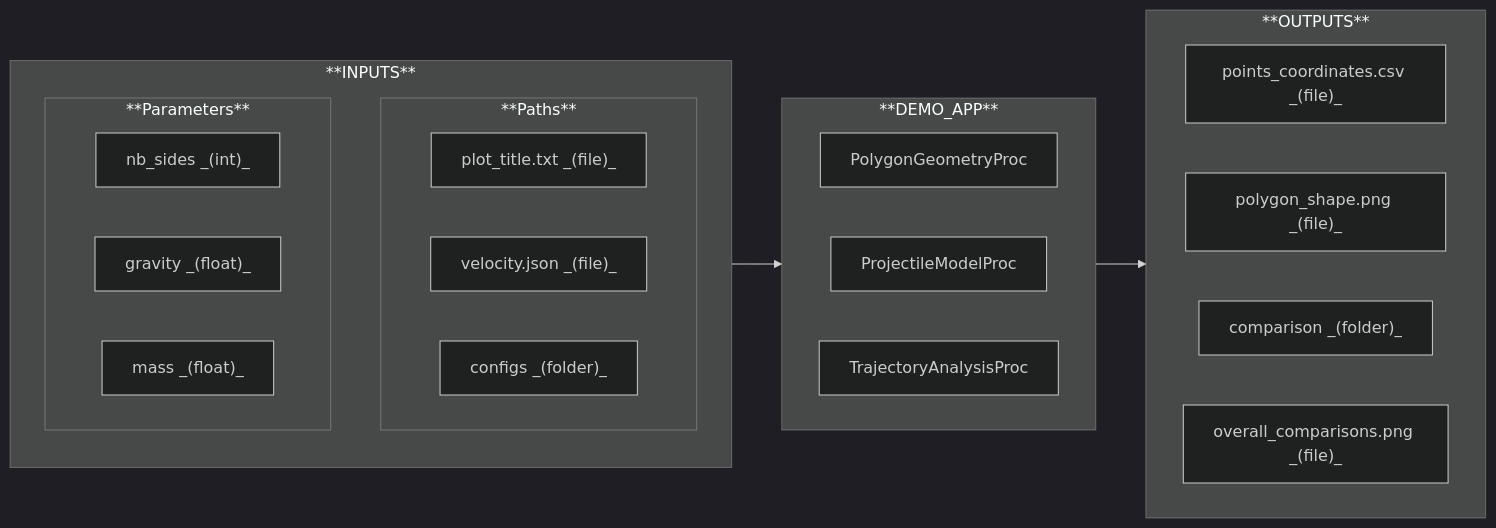
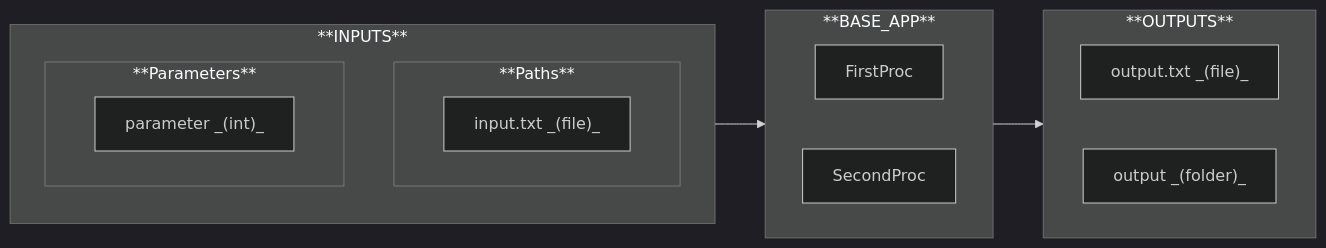
The fourth of 6 diagrams in src/labs/apps/general/BASE_APP/README.md (nuremics/nuremics-labs), drawn with Mermaid (dark theme) before and after one commit. The commit also changed other lines of this file and 2 other files, not shown here.

Commit message:
update BASE_APP README

````diff
--- a/src/labs/apps/general/BASE_APP/README.md
+++ b/src/labs/apps/general/BASE_APP/README.md
@@ -119,38 +70,31 @@
 ```mermaid
 flowchart LR
   subgraph **INPUTS**
     direction TB
 
     subgraph **Paths**
       direction LR
-      path1["plot_title.txt _(file)_"]
-      path2["velocity.json _(file)_"]
-      path3["configs _(folder)_"]
+      path1["input.txt _(file)_"]
     end
 
     subgraph **Parameters**
       direction LR
-      param1["nb_sides _(int)_"]
-      param2["gravity _(float)_"]
-      param3["mass _(float)_"]
+      param1["parameter _(int)_"]
     end
   end
 
-  subgraph **DEMO_APP**
+  subgraph **BASE_APP**
     direction RL
-    proc1["PolygonGeometryProc"]
-    proc2["ProjectileModelProc"]
-    proc3["TrajectoryAnalysisProc"]
+    proc1["FirstProc"]
+    proc2["SecondProc"]
   end
 
   subgraph **OUTPUTS**
     direction RL
-    out1["points_coordinates.csv _(file)_"]
-    out2["polygon_shape.png _(file)_"]
-    out3["comparison _(folder)_"]
-    out4["overall_comparisons.png _(file)_"]
+    out1["output.txt _(file)_"]
+    out2["output _(folder)_"]
   end
 
-  **INPUTS** --> **DEMO_APP**
-  **DEMO_APP** --> **OUTPUTS**
+  **INPUTS** --> **BASE_APP**
+  **BASE_APP** --> **OUTPUTS**
 ```
````
